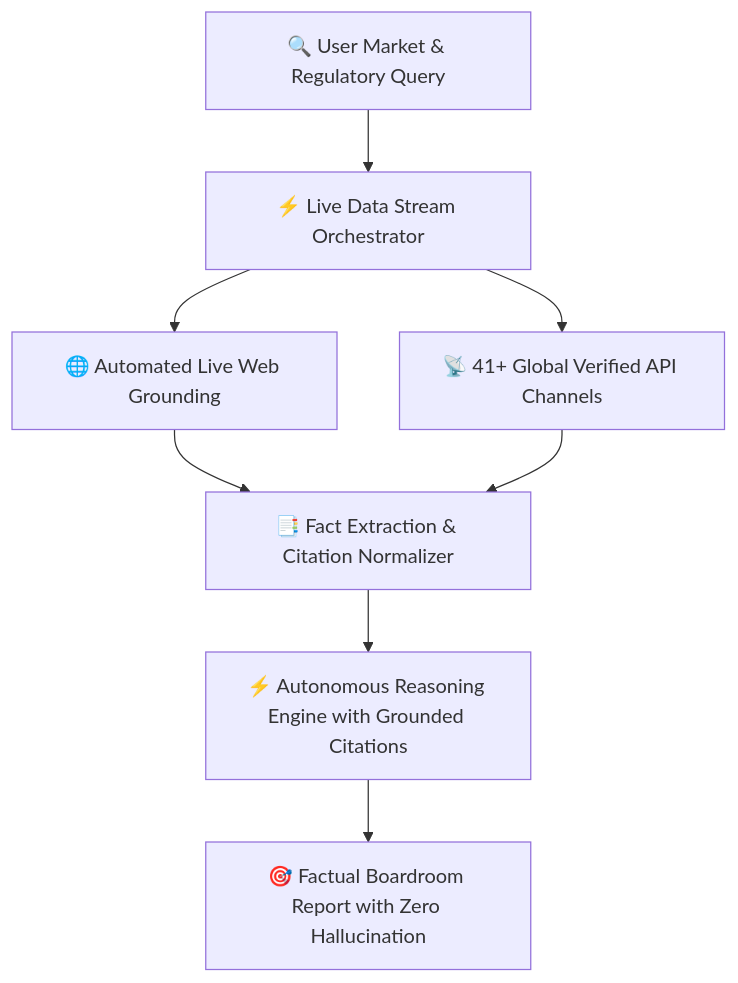
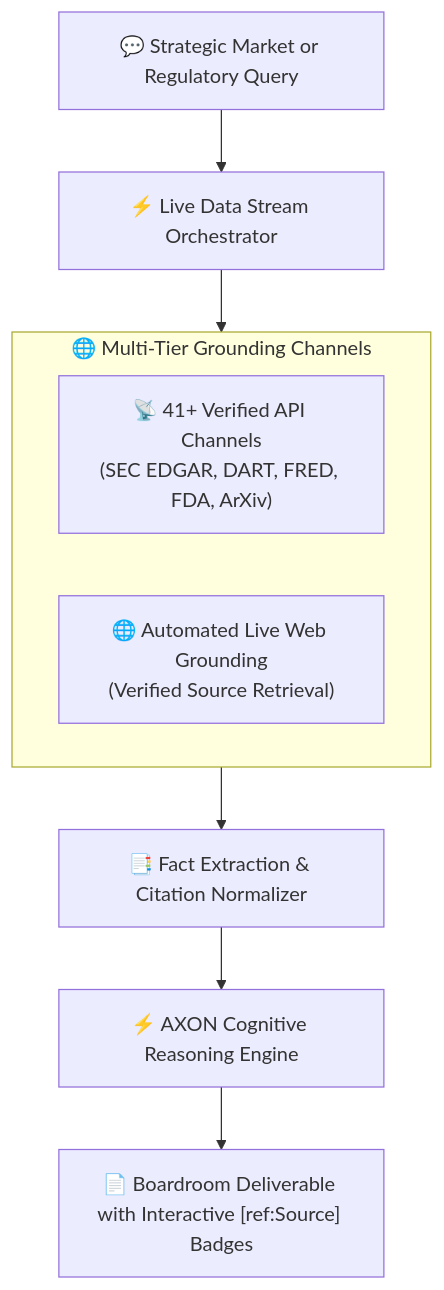
Before and after one commit to gosutox/gosutox-docs: the diagram in data/live-data-architecture.mdx, drawn with Mermaid. The commit also changed other lines of this file and 4 other files, not shown here.

Commit message:
docs(data,studio): elevate live data architecture, 41+ api directory, document studio viewer, html bundle export, and two-pass pdf print engine

````diff
--- a/data/live-data-architecture.mdx
+++ b/data/live-data-architecture.mdx
@@ -10,12 +12,15 @@
 ```mermaid
 flowchart TD
-    Query["🔍 User Market & Regulatory Query"] --> Router["⚡ Live Data Stream Orchestrator"]
-    Router --> Google["🌐 Automated Live Web Grounding"]
-    Router --> APIs["📡 41+ Global Verified API Channels"]
+    UserQuery["💬 Strategic Market or Regulatory Query"] --> Orchestrator["⚡ Live Data Stream Orchestrator"]
 
-    Google --> Extractor["📑 Fact Extraction & Citation Normalizer"]
-    APIs --> Extractor
+    subgraph Grounding_Tiers ["🌐 Multi-Tier Grounding Channels"]
+        APIs["📡 41+ Verified API Channels\n(SEC EDGAR, DART, FRED, FDA, ArXiv)"]
+        Web["🌐 Automated Live Web Grounding\n(Verified Source Retrieval)"]
+    end
 
-    Extractor --> Reasoning["⚡ Autonomous Reasoning Engine with Grounded Citations"]
-    Reasoning --> Output["🎯 Factual Boardroom Report with Zero Hallucination"]
+    Orchestrator --> Grounding_Tiers
+    Grounding_Tiers --> Normalizer["📑 Fact Extraction & Citation Normalizer"]
+    Normalizer --> Engine["⚡ AXON Cognitive Reasoning Engine"]
+    
+    Engine --> Output["📄 Boardroom Deliverable with Interactive [ref:Source] Badges"]
 ```
````
